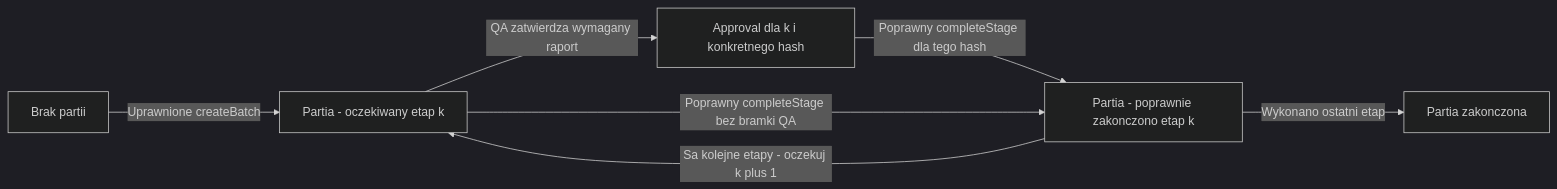
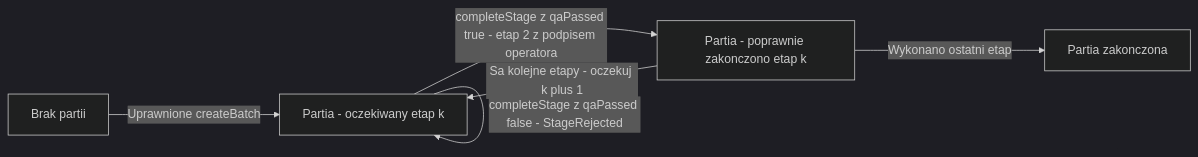
The third of 3 diagrams in docs/data-model.md (nimek06/PZ_supply_blockchain), drawn with Mermaid (dark theme) before and after one commit. The commit also changed other lines of this file and 64 other files, not shown here.

````diff
--- a/docs/data-model.md
+++ b/docs/data-model.md
@@ -165,14 +165,12 @@
 ```mermaid
 flowchart LR
     AbsentBatch["Brak partii"]
     ReadyBatch["Partia - oczekiwany etap k"]
-    ApprovalBatch["Approval dla k i konkretnego hash"]
     NextBatch["Partia - poprawnie zakonczono etap k"]
     FinishedBatch["Partia zakonczona"]
     AbsentBatch -->|"Uprawnione createBatch"| ReadyBatch
-    ReadyBatch -->|"QA zatwierdza wymagany raport"| ApprovalBatch
-    ApprovalBatch -->|"Poprawny completeStage dla tego hash"| NextBatch
-    ReadyBatch -->|"Poprawny completeStage bez bramki QA"| NextBatch
+    ReadyBatch -->|"completeStage z qaPassed true - etap 2 z podpisem operatora"| NextBatch
+    ReadyBatch -->|"completeStage z qaPassed false - StageRejected"| ReadyBatch
     NextBatch -->|"Sa kolejne etapy - oczekuj k plus 1"| ReadyBatch
     NextBatch -->|"Wykonano ostatni etap"| FinishedBatch
 ```
````
